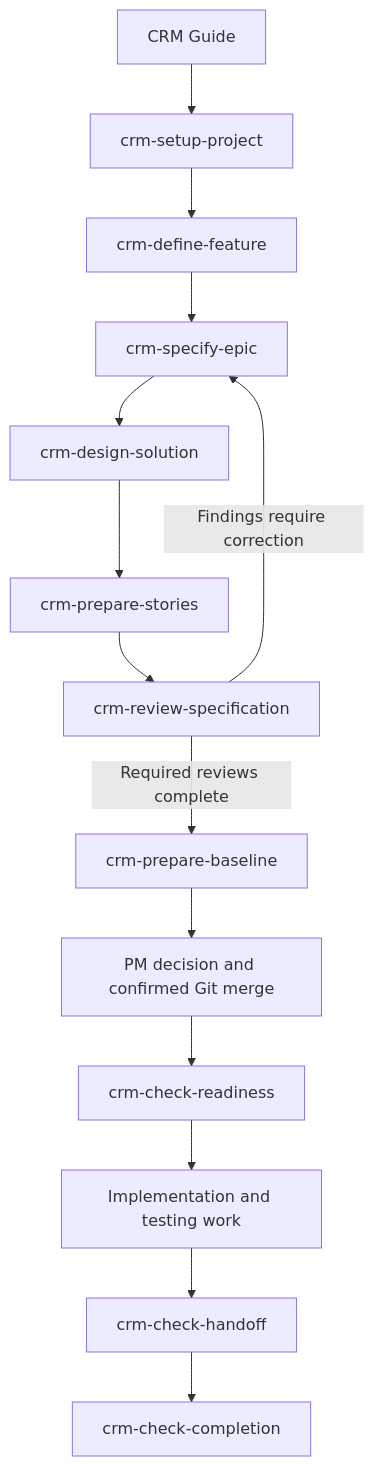
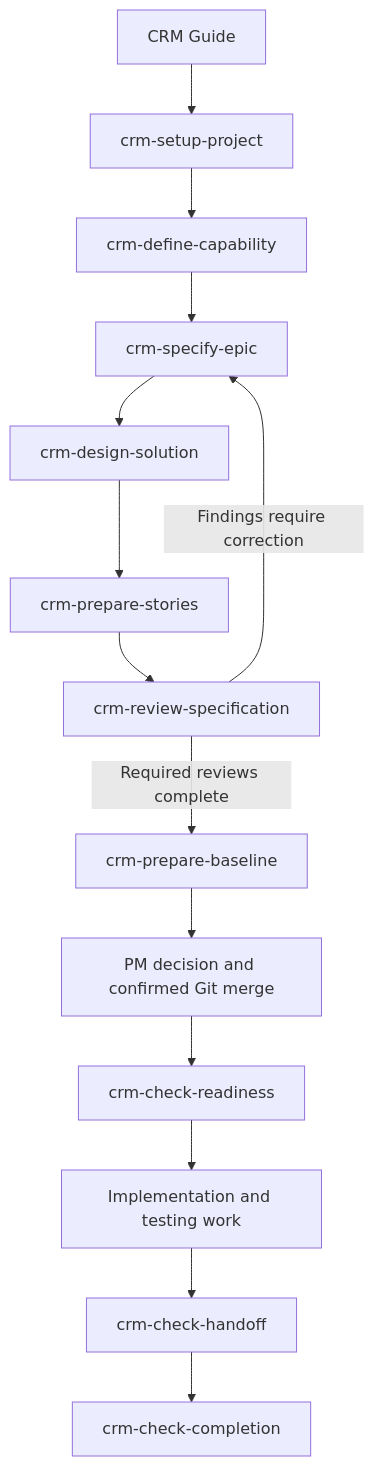
One commit to vuongdau001/My_Skills changed the diagram in Requirement_Design/crm-specification-standard/START-HERE.md. Above: the diagram before and after it, drawn with Mermaid. The commit also changed other lines of this file and 86 other files, not shown here.

Commit message:
feat(crm-spec-kit)!: upgrade to v2.0.0 with Capability tier and Epic user-goal Use Case policy

````diff
--- a/Requirement_Design/crm-specification-standard/START-HERE.md
+++ b/Requirement_Design/crm-specification-standard/START-HERE.md
@@ -70,16 +74,16 @@
 ```mermaid
 flowchart TD
     A[CRM Guide] --> B[crm-setup-project]
-    B --> C[crm-define-feature]
+    B --> C[crm-define-capability]
     C --> D[crm-specify-epic]
     D --> E[crm-design-solution]
     E --> F[crm-prepare-stories]
     F --> G[crm-review-specification]
     G -->|Findings require correction| D
     G -->|Required reviews complete| H[crm-prepare-baseline]
     H --> I[PM decision and confirmed Git merge]
     I --> J[crm-check-readiness]
     J --> K[Implementation and testing work]
     K --> L[crm-check-handoff]
     L --> M[crm-check-completion]
 ```
````
